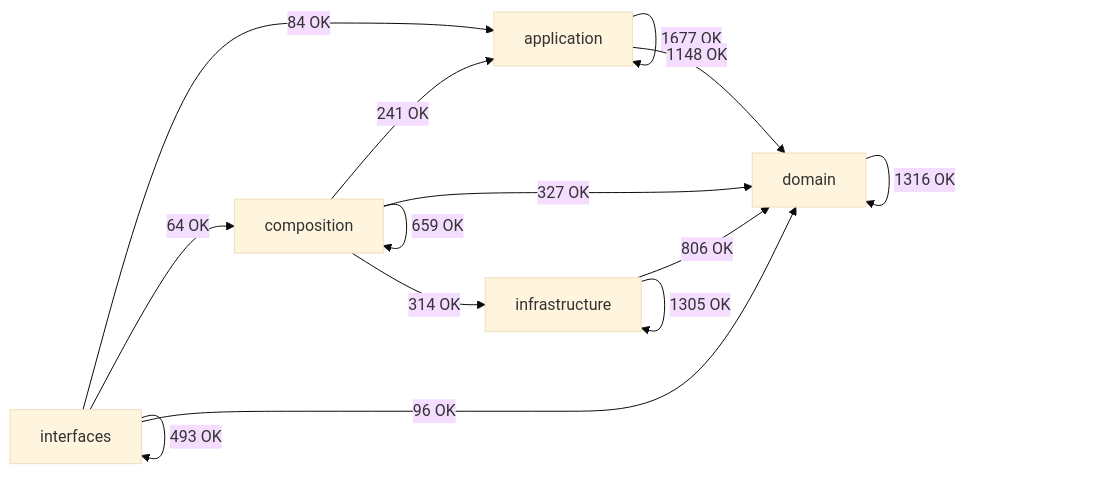
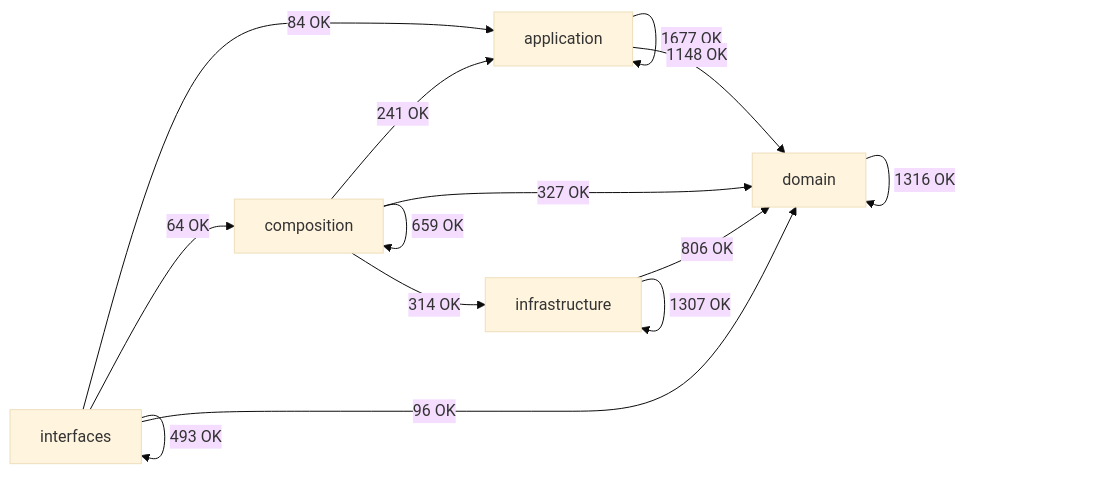
Before and after one commit to SatoryKono/BioactivityDataAcquisition: the diagram in docs/02-architecture/generated/module-dependency-map.md, drawn with Mermaid (base theme). The commit also changed other lines of this file and 43 other files, not shown here.

````diff
--- a/docs/02-architecture/generated/module-dependency-map.md
+++ b/docs/02-architecture/generated/module-dependency-map.md
@@ -17,21 +17,21 @@
 ```mermaid
 flowchart LR
     domain[domain]
     application[application]
     infrastructure[infrastructure]
     composition[composition]
     interfaces[interfaces]
     application -->|1677 OK| application
     application -->|1148 OK| domain
     composition -->|241 OK| application
     composition -->|659 OK| composition
     composition -->|327 OK| domain
     composition -->|314 OK| infrastructure
     domain -->|1316 OK| domain
     infrastructure -->|806 OK| domain
-    infrastructure -->|1305 OK| infrastructure
+    infrastructure -->|1307 OK| infrastructure
     interfaces -->|84 OK| application
     interfaces -->|64 OK| composition
     interfaces -->|96 OK| domain
     interfaces -->|493 OK| interfaces
 ```
````
